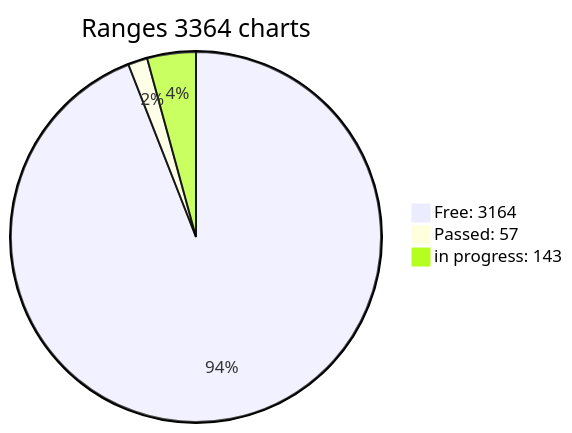
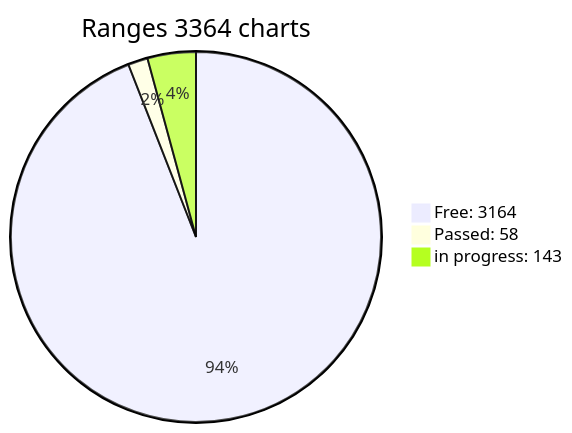
One commit to jonlloner/wif500 changed the diagram in x64/Release/table.md. Above: the diagram before and after it, drawn with Mermaid. The commit also changed other lines of this file, not shown here.

````diff
--- a/x64/Release/table.md
+++ b/x64/Release/table.md
@@ -47,6 +47,6 @@
 ```mermaid
 pie title Ranges 3364 charts
 "Free: 3164" : 3164
-"Passed: 57" : 57
-"in progress: 143" : 143
+"Passed: 58" : 58
+"in progress: 143" : 142
 ```  
````
